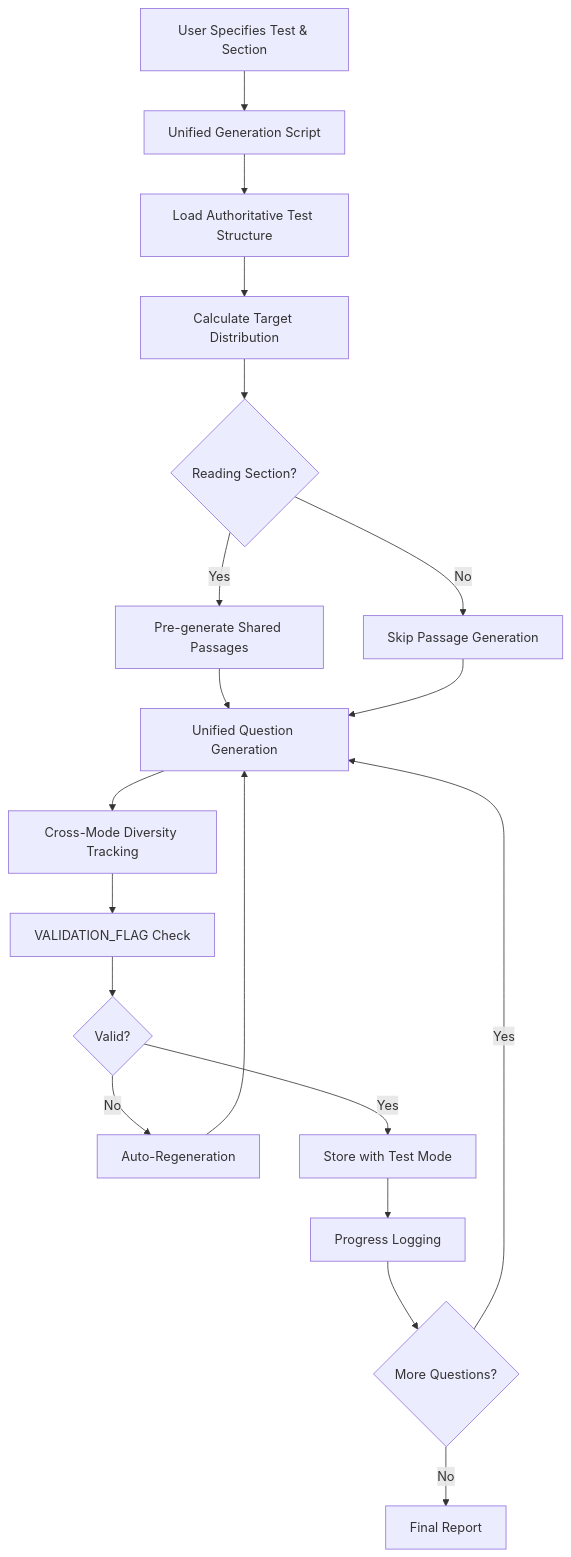
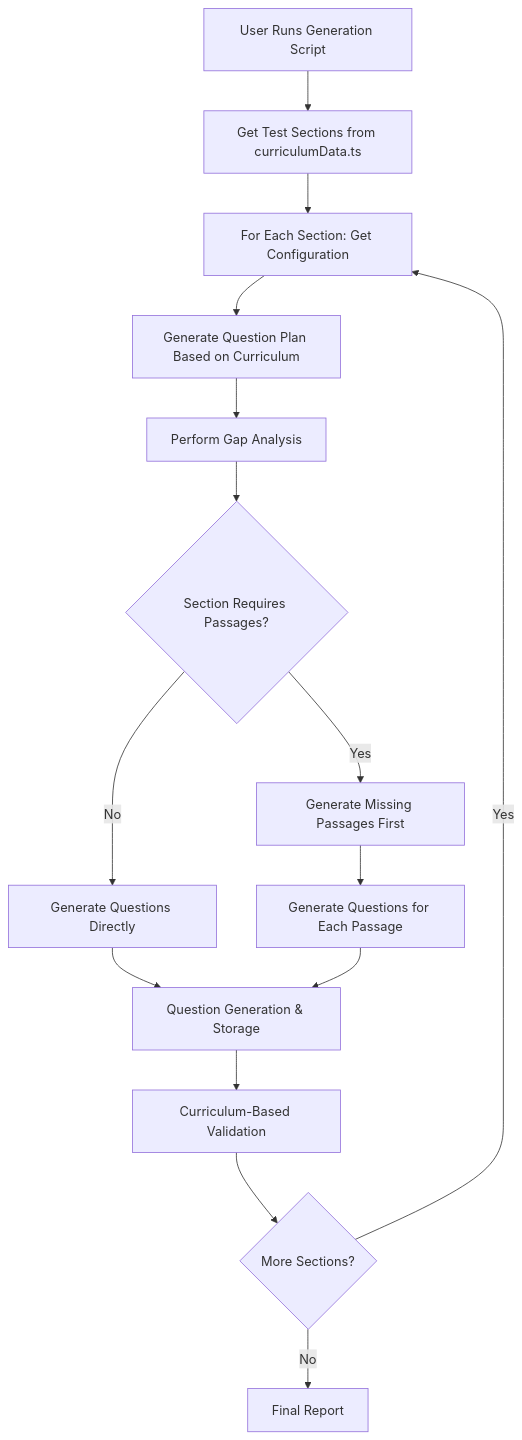
The diagram in QUESTION_GENERATION_FLOW.md (julz808/educoach-prep-portal), drawn with Mermaid before and after one commit. The commit also changed other lines of this file and 68 other files, not shown here.

````diff
--- a/QUESTION_GENERATION_FLOW.md
+++ b/QUESTION_GENERATION_FLOW.md
@@ -18,21 +35,17 @@
 ```mermaid
 graph TD
-    A[User Specifies Test & Section] --> B[Unified Generation Script]
-    B --> C[Load Authoritative Test Structure]
-    C --> D[Calculate Target Distribution]
-    D --> E{Reading Section?}
-    E -->|Yes| F[Pre-generate Shared Passages]
-    E -->|No| G[Skip Passage Generation]
-    F --> H[Unified Question Generation]
-    G --> H
-    H --> I[Cross-Mode Diversity Tracking]
-    I --> J[VALIDATION_FLAG Check]
-    J --> K{Valid?}
-    K -->|No| L[Auto-Regeneration]
-    L --> H
-    K -->|Yes| M[Store with Test Mode]
-    M --> N[Progress Logging]
-    N --> O{More Questions?}
-    O -->|Yes| H
-    O -->|No| P[Final Report]
+    A[User Runs Generation Script] --> B[Get Test Sections from curriculumData.ts]
+    B --> C[For Each Section: Get Configuration]
+    C --> D[Generate Question Plan Based on Curriculum]
+    D --> E[Perform Gap Analysis]
+    E --> F{Section Requires Passages?}
+    F -->|Yes| G[Generate Missing Passages First]
+    F -->|No| H[Generate Questions Directly]
+    G --> I[Generate Questions for Each Passage]
+    H --> J[Question Generation & Storage]
+    I --> J
+    J --> K[Curriculum-Based Validation]
+    K --> L{More Sections?}
+    L -->|Yes| C
+    L -->|No| M[Final Report]
 ```
````
